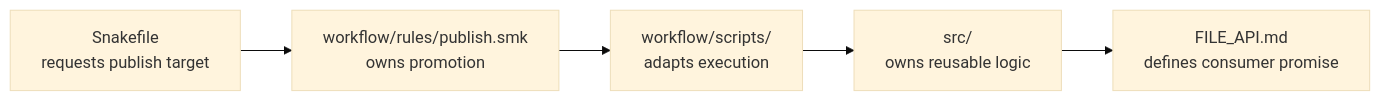
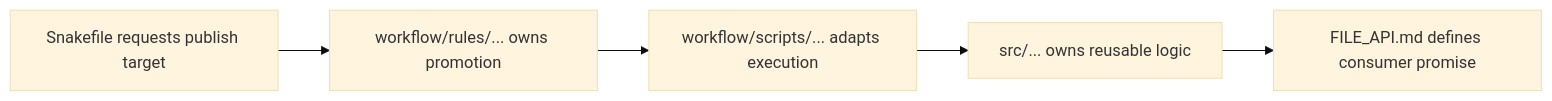
Before and after one commit to bijux/bijux-masterclass: the diagram in programs/reproducible-research/deep-dive-snakemake/course-book/module-07-workflow-architecture-file-apis/worked-example-reading-a-snakemake-repository-like-an-architect.md, drawn with Mermaid (base theme). The commit also changed other lines of this file and 2 other files, not shown here.

Commit message:
docs(snakemake): teach repository architecture review

````diff
--- a/programs/reproducible-research/deep-dive-snakemake/course-book/module-07-workflow-architecture-file-apis/worked-example-reading-a-snakemake-repository-like-an-architect.md
+++ b/programs/reproducible-research/deep-dive-snakemake/course-book/module-07-workflow-architecture-file-apis/worked-example-reading-a-snakemake-repository-like-an-architect.md
@@ -129,10 +95,10 @@
 ```mermaid
 flowchart LR
-  entry["Snakefile<br/>requests publish target"]
-  family["workflow/rules/publish.smk<br/>owns promotion"]
-  script["workflow/scripts/<br/>adapts execution"]
-  package["src/<br/>owns reusable logic"]
-  api["FILE_API.md<br/>defines consumer promise"]
+  entry["Snakefile requests publish target"]
+  family["workflow/rules/... owns promotion"]
+  script["workflow/scripts/... adapts execution"]
+  package["src/... owns reusable logic"]
+  api["FILE_API.md defines consumer promise"]
 
   entry --> family --> script --> package --> api
 ```
````
